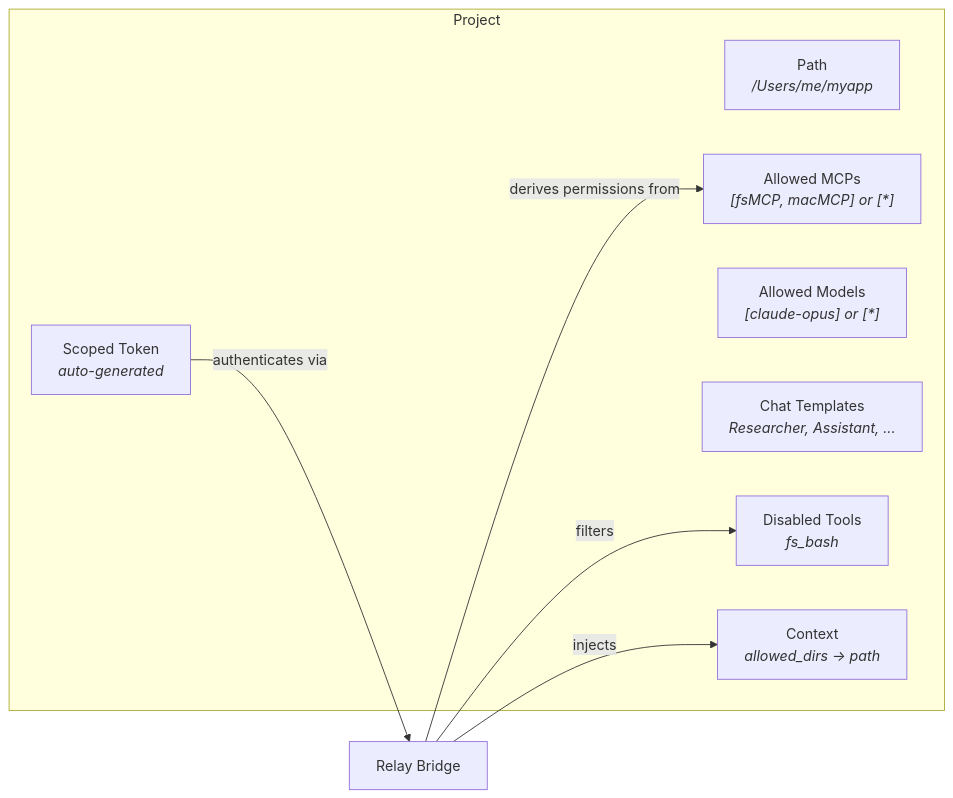
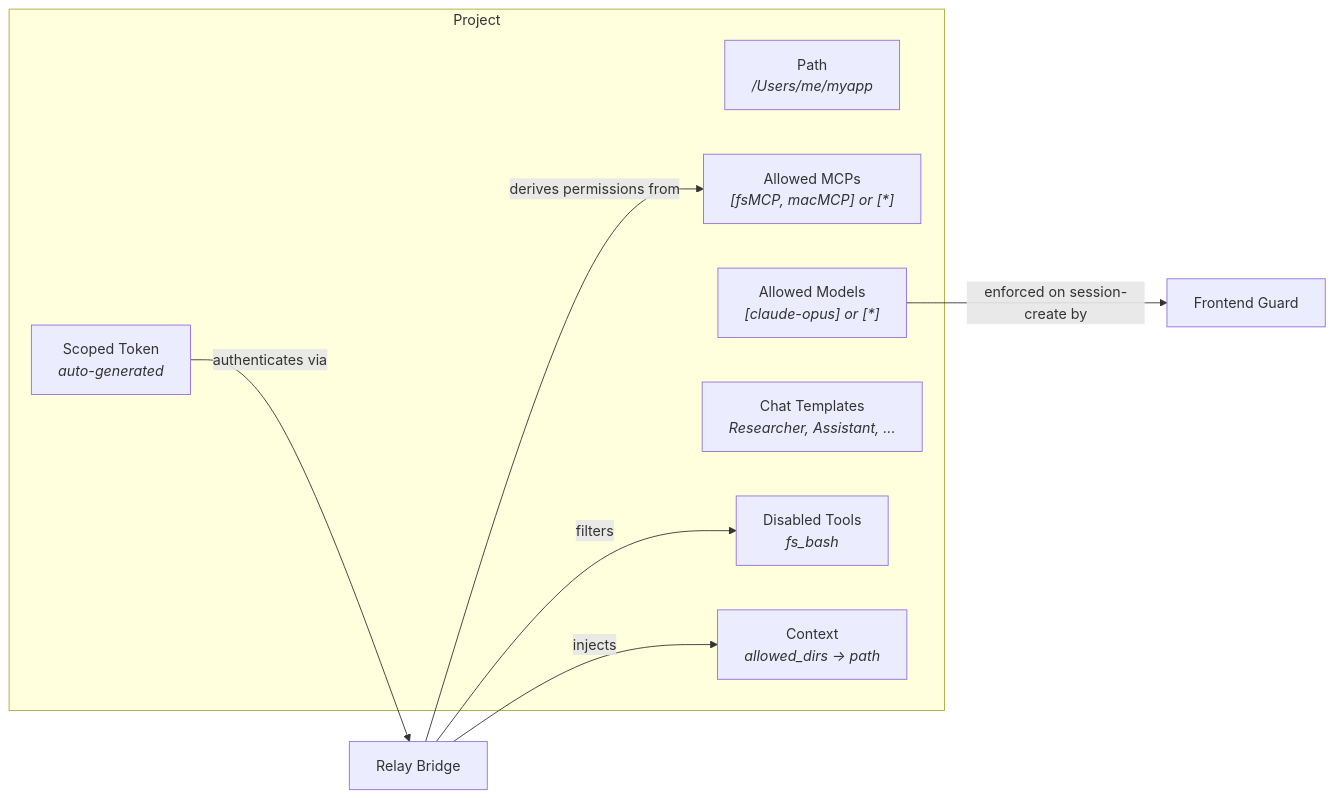
One commit to barelyworkingcode/relay changed the third of 3 diagrams in README.md. Above: the diagram before and after it, drawn with Mermaid. The commit also changed other lines of this file and 3 other files, not shown here.

````diff
--- a/README.md
+++ b/README.md
@@ -95,17 +95,18 @@
 ```mermaid
 graph LR
     subgraph Project
         Path["Path<br/><i>/Users/me/myapp</i>"]
         MCPs["Allowed MCPs<br/><i>[fsMCP, macMCP] or [*]</i>"]
         Models["Allowed Models<br/><i>[claude-opus] or [*]</i>"]
         Templates["Chat Templates<br/><i>Researcher, Assistant, ...</i>"]
         Token["Scoped Token<br/><i>auto-generated</i>"]
         Disabled["Disabled Tools<br/><i>fs_bash</i>"]
         Context["Context<br/><i>allowed_dirs → path</i>"]
     end
 
     Token -->|authenticates via| Bridge["Relay Bridge"]
     Bridge -->|derives permissions from| MCPs
     Bridge -->|injects| Context
     Bridge -->|filters| Disabled
+    Models -->|enforced on session-create by| Frontend["Frontend Guard"]
 ```
````
